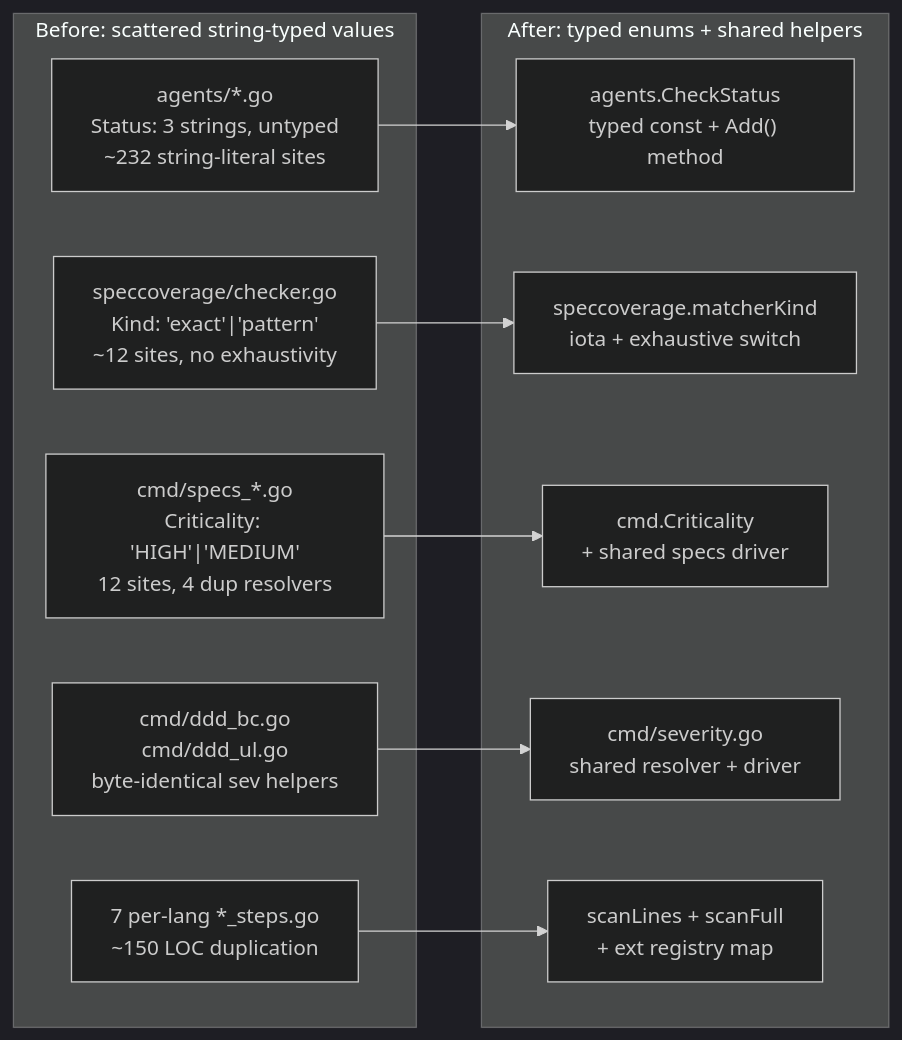
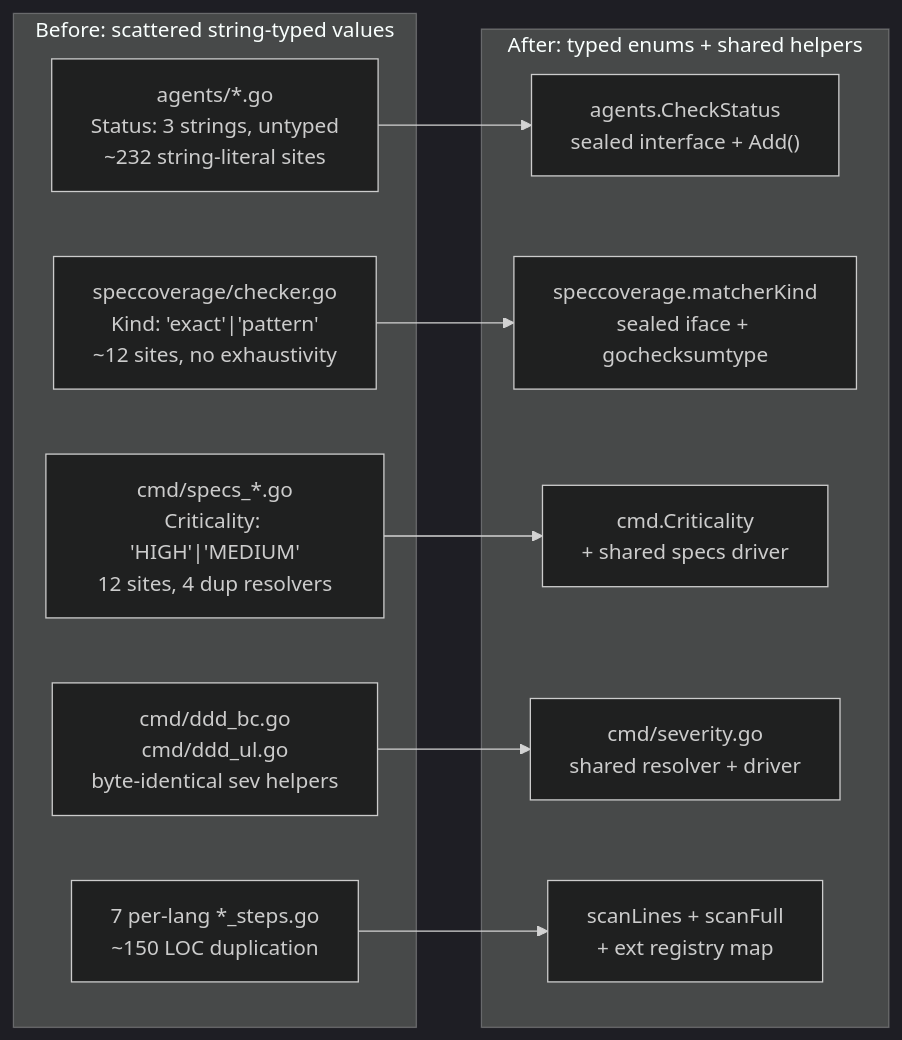
The diagram in plans/in-progress/rhino-cli-dry-and-enums-refactor/README.md (wahidyankf/open-sharia-enterprise), drawn with Mermaid (dark theme) before and after one commit. The commit also changed 3 other files, not shown here.

````diff
--- a/plans/in-progress/rhino-cli-dry-and-enums-refactor/README.md
+++ b/plans/in-progress/rhino-cli-dry-and-enums-refactor/README.md
@@ -93,24 +93,24 @@
 ```mermaid
 flowchart LR
     subgraph Before["Before: scattered string-typed values"]
         A1["agents/*.go<br/>Status: 3 strings, untyped<br/>~232 string-literal sites"]
         A2["speccoverage/checker.go<br/>Kind: 'exact'|'pattern'<br/>~12 sites, no exhaustivity"]
         A3["cmd/specs_*.go<br/>Criticality: 'HIGH'|'MEDIUM'<br/>12 sites, 4 dup resolvers"]
         A4["cmd/ddd_bc.go<br/>cmd/ddd_ul.go<br/>byte-identical sev helpers"]
         A5["7 per-lang *_steps.go<br/>~150 LOC duplication"]
     end
 
     subgraph After["After: typed enums + shared helpers"]
-        B1["agents.CheckStatus<br/>typed const + Add() method"]
-        B2["speccoverage.matcherKind<br/>iota + exhaustive switch"]
+        B1["agents.CheckStatus<br/>sealed interface + Add()"]
+        B2["speccoverage.matcherKind<br/>sealed iface + gochecksumtype"]
         B3["cmd.Criticality<br/>+ shared specs driver"]
         B4["cmd/severity.go<br/>shared resolver + driver"]
         B5["scanLines + scanFull<br/>+ ext registry map"]
     end
 
     A1 --> B1
     A2 --> B2
     A3 --> B3
     A4 --> B4
     A5 --> B5
 ```
````
